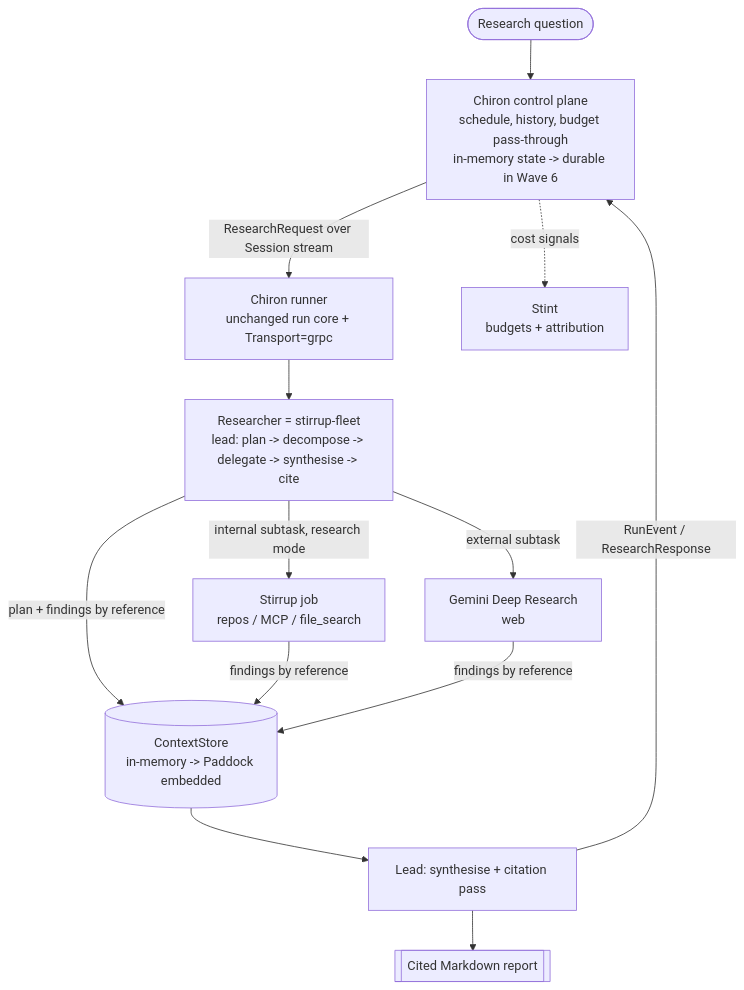
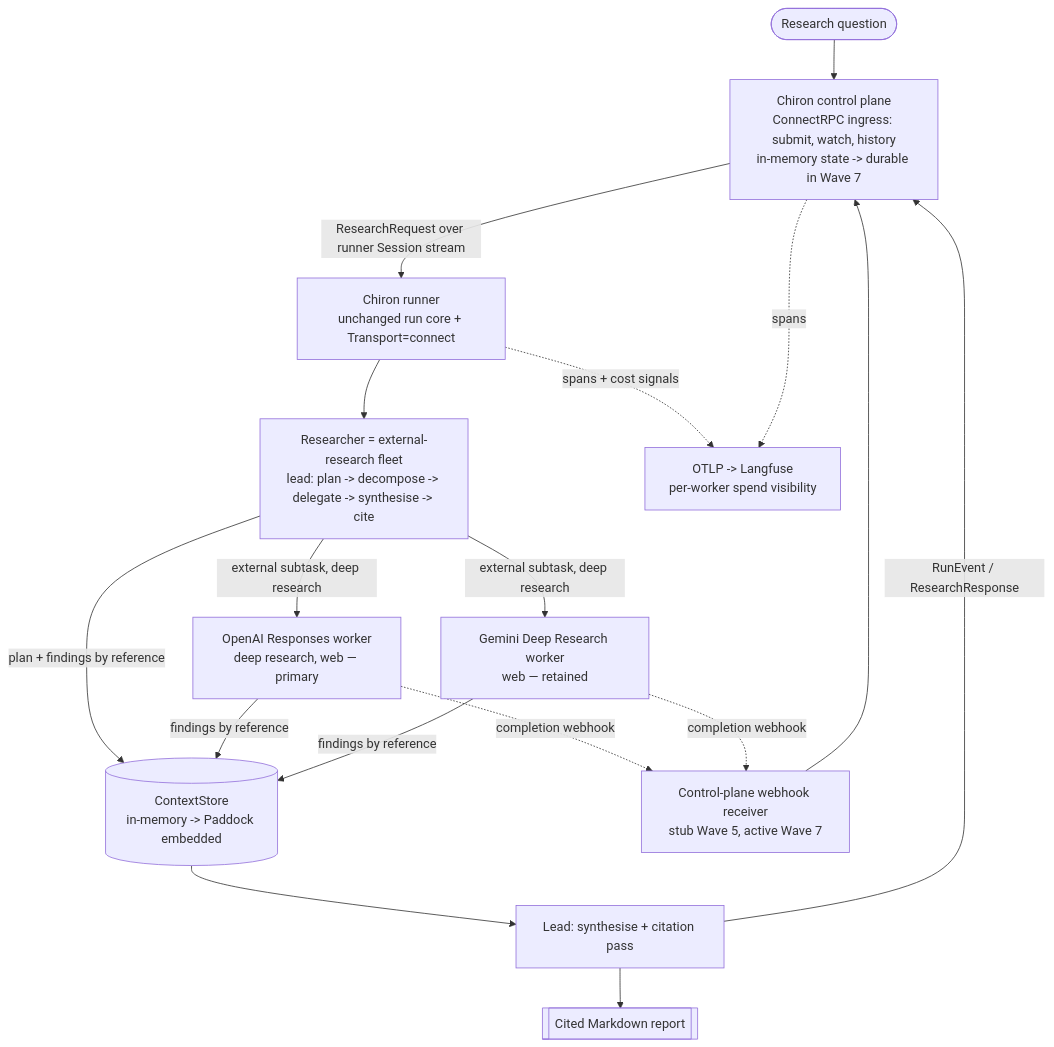
The diagram in docs/V2-PLAN.md (rxbynerd/chiron), drawn with Mermaid before and after one commit. The commit also changed other lines of this file and 1 other file, not shown here.

First line of the commit message:
docs: revise V2 plan to apply the seven V2-AMENDS amendments

````diff
--- a/docs/V2-PLAN.md
+++ b/docs/V2-PLAN.md
@@ -77,18 +111,22 @@
 ```mermaid
 flowchart TB
-  Q([Research question]) --> CP[Chiron control plane<br/>schedule, history, budget pass-through<br/>in-memory state -> durable in Wave 6]
-  CP -->|ResearchRequest over Session stream| RUN[Chiron runner<br/>unchanged run core + Transport=grpc]
-  RUN --> FLEET[Researcher = stirrup-fleet<br/>lead: plan -> decompose -> delegate -> synthesise -> cite]
+  Q([Research question]) --> CP[Chiron control plane<br/>ConnectRPC ingress: submit, watch, history<br/>in-memory state -> durable in Wave 7]
+  CP -->|ResearchRequest over runner Session stream| RUN[Chiron runner<br/>unchanged run core + Transport=connect]
+  RUN --> FLEET[Researcher = external-research fleet<br/>lead: plan -> decompose -> delegate -> synthesise -> cite]
 
   FLEET -->|plan + findings by reference| CS[(ContextStore<br/>in-memory -> Paddock embedded)]
-  FLEET -->|internal subtask, research mode| SW[Stirrup job<br/>repos / MCP / file_search]
-  FLEET -->|external subtask| GW[Gemini Deep Research<br/>web]
+  FLEET -->|external subtask, deep research| W1[OpenAI Responses worker<br/>deep research, web — primary]
+  FLEET -->|external subtask, deep research| W2[Gemini Deep Research worker<br/>web — retained]
 
-  SW -->|findings by reference| CS
-  GW -->|findings by reference| CS
+  W1 -->|findings by reference| CS
+  W2 -->|findings by reference| CS
   CS --> SYN[Lead: synthesise + citation pass]
   SYN -->|RunEvent / ResearchResponse| CP
   SYN --> REP[[Cited Markdown report]]
 
-  CP -. cost signals .-> STINT[Stint<br/>budgets + attribution]
+  W1 -. completion webhook .-> WHK[Control-plane webhook receiver<br/>stub Wave 5, active Wave 7]
+  W2 -. completion webhook .-> WHK
+  WHK --> CP
+  RUN -. spans + cost signals .-> LF[OTLP -> Langfuse<br/>per-worker spend visibility]
+  CP -. spans .-> LF
 ```
````
